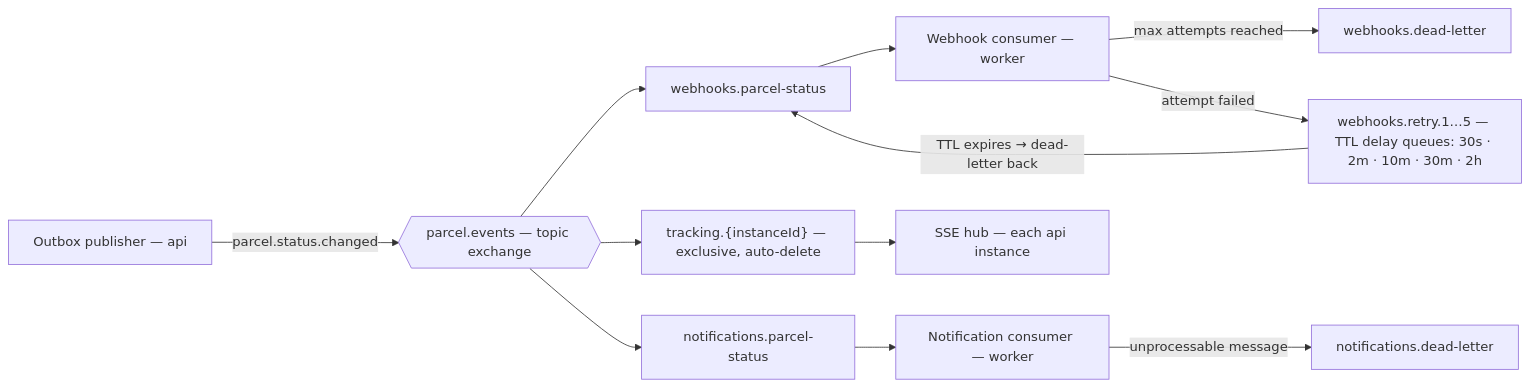
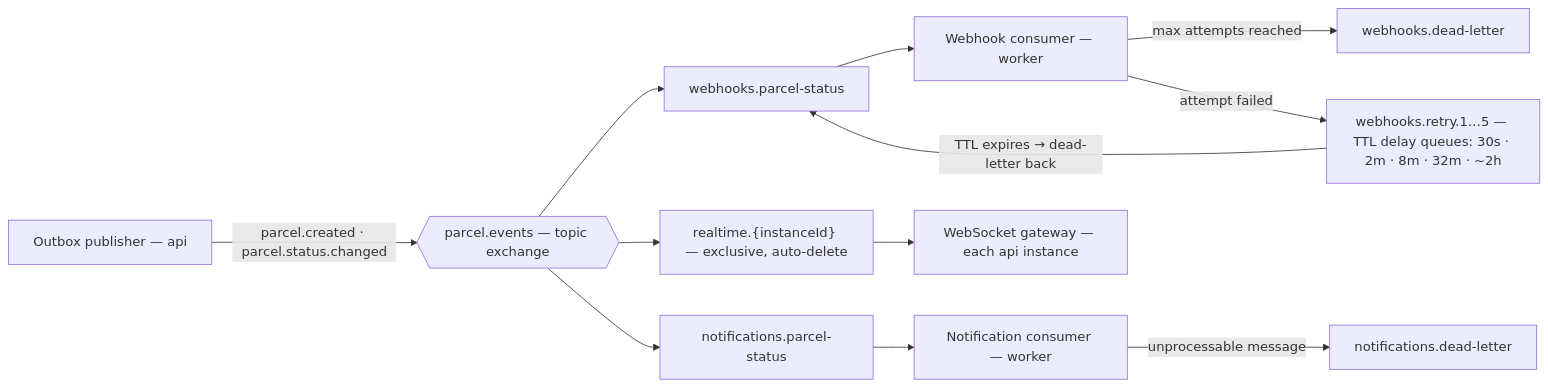
Before and after one commit to dilshanmolligoda/SwiftDrop: the fourth of 6 diagrams in ARCHITECTURE.md, drawn with Mermaid. The commit also changed other lines of this file and 19 other files, not shown here.

````diff
--- a/ARCHITECTURE.md
+++ b/ARCHITECTURE.md
@@ -251,27 +251,27 @@
 ```mermaid
 flowchart LR
     OUT["Outbox publisher — api"]
     EX{{"parcel.events — topic exchange"}}
 
     QN["notifications.parcel-status"]
     QW["webhooks.parcel-status"]
-    QT["tracking.{instanceId} — exclusive, auto-delete"]
+    QT["realtime.{instanceId} — exclusive, auto-delete"]
 
     NC["Notification consumer — worker"]
     WC["Webhook consumer — worker"]
-    SSE["SSE hub — each api instance"]
+    RT["WebSocket gateway — each api instance"]
 
-    RQ["webhooks.retry.1…5 — TTL delay queues: 30s · 2m · 10m · 30m · 2h"]
+    RQ["webhooks.retry.1…5 — TTL delay queues: 30s · 2m · 8m · 32m · ~2h"]
     DLQW["webhooks.dead-letter"]
     DLQN["notifications.dead-letter"]
 
-    OUT -->|"parcel.status.changed"| EX
+    OUT -->|"parcel.created · parcel.status.changed"| EX
     EX --> QN --> NC
     EX --> QW --> WC
-    EX --> QT --> SSE
+    EX --> QT --> RT
 
     WC -->|"attempt failed"| RQ
     RQ -->|"TTL expires → dead-letter back"| QW
     WC -->|"max attempts reached"| DLQW
     NC -->|"unprocessable message"| DLQN
 ```
````
